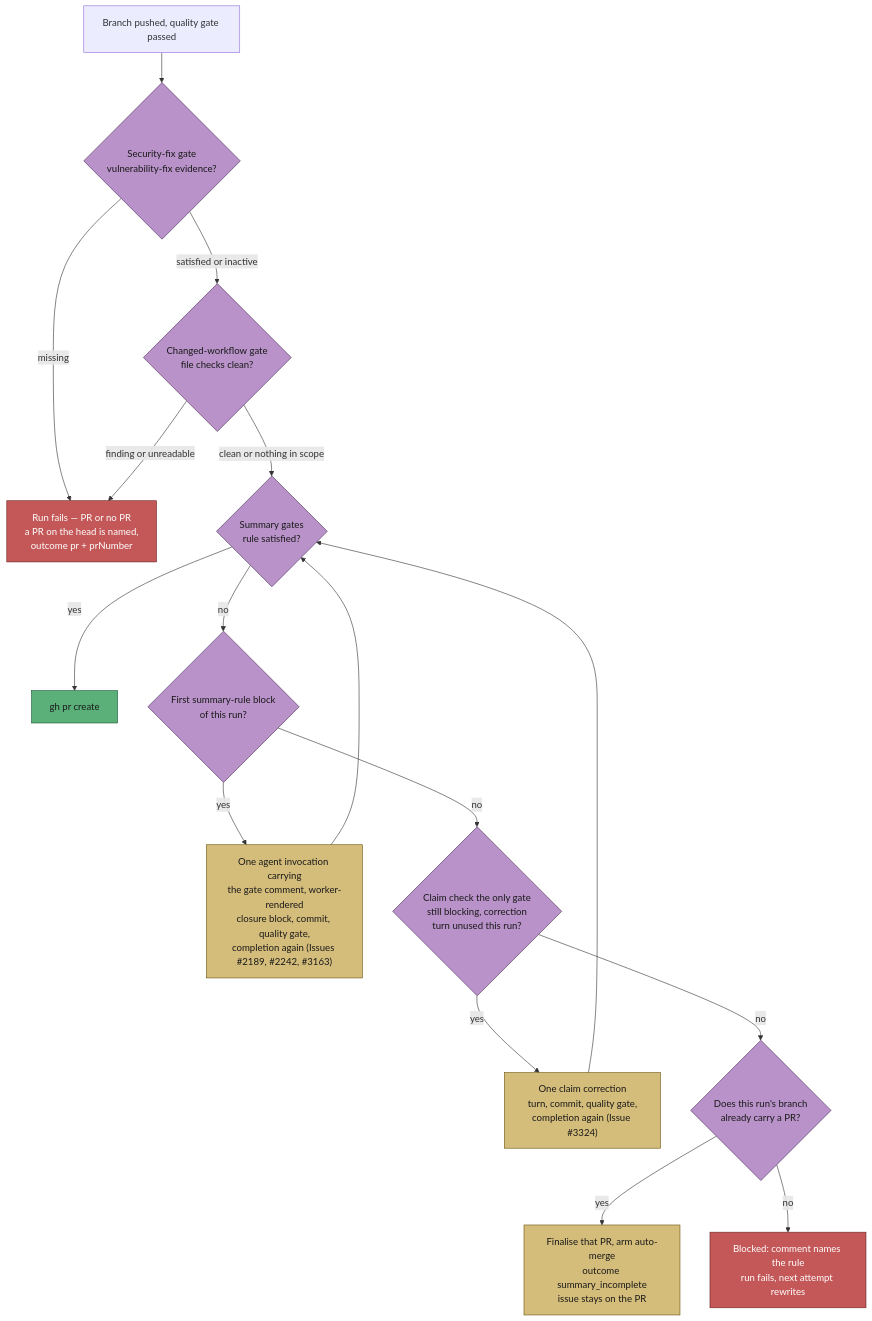
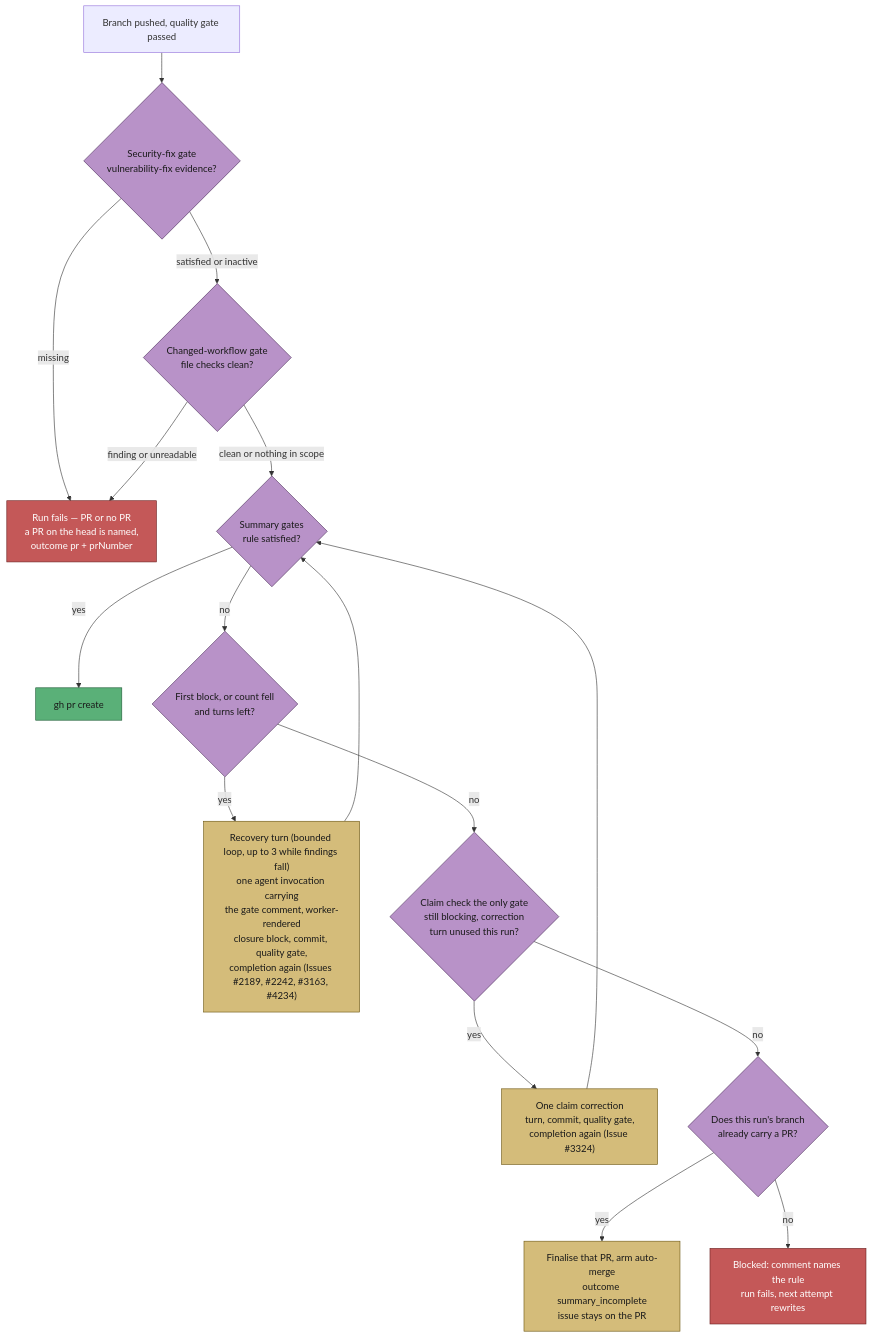
Before and after one commit to stSoftwareAU/VibeCoder: diagram 22 of 26 in docs/workflows/issue-processing.md, drawn with Mermaid. The commit also changed other lines of this file and 3 other files, not shown here.

````diff
--- a/docs/workflows/issue-processing.md
+++ b/docs/workflows/issue-processing.md
@@ -2791,30 +2791,30 @@
 ```mermaid
 flowchart TD
     A["Branch pushed, quality gate passed"] --> SEC{"Security-fix gate<br/>vulnerability-fix evidence?"}
     SEC -->|"missing"| F2["Run fails — PR or no PR<br/>a PR on the head is named,<br/>outcome pr + prNumber"]
     SEC -->|"satisfied or inactive"| WF{"Changed-workflow gate<br/>file checks clean?"}
     WF -->|"finding or unreadable"| F2
     WF -->|"clean or nothing in scope"| G{"Summary gates<br/>rule satisfied?"}
     G -->|yes| PR["gh pr create"]
-    G -->|no| R{"First summary-rule block<br/>of this run?"}
-    R -->|yes| RT["One agent invocation carrying<br/>the gate comment, worker-rendered<br/>closure block, commit, quality gate,<br/>completion again (Issues #2189, #2242, #3163)"]
+    G -->|no| R{"First block, or count fell<br/>and turns left?"}
+    R -->|yes| RT["Recovery turn (bounded loop, up to 3 while findings fall)<br/>one agent invocation carrying<br/>the gate comment, worker-rendered<br/>closure block, commit, quality gate,<br/>completion again (Issues #2189, #2242, #3163, #4234)"]
     RT --> G
     R -->|no| CC{"Claim check the only gate<br/>still blocking, correction<br/>turn unused this run?"}
     CC -->|yes| CT["One claim correction<br/>turn, commit, quality gate,<br/>completion again (Issue #3324)"]
     CT --> G
     CC -->|no| Q{"Does this run's branch<br/>already carry a PR?"}
     Q -->|yes| S["Finalise that PR, arm auto-merge<br/>outcome summary_incomplete<br/>issue stays on the PR"]
     Q -->|no| F["Blocked: comment names the rule<br/>run fails, next attempt rewrites"]
     style SEC fill:#b892c8,stroke:#4a2d5a,color:#1a1a1a
     style WF fill:#b892c8,stroke:#4a2d5a,color:#1a1a1a
     style G fill:#b892c8,stroke:#4a2d5a,color:#1a1a1a
     style Q fill:#b892c8,stroke:#4a2d5a,color:#1a1a1a
     style R fill:#b892c8,stroke:#4a2d5a,color:#1a1a1a
     style RT fill:#d4bc7a,stroke:#6b5510,color:#1a1a1a
     style CC fill:#b892c8,stroke:#4a2d5a,color:#1a1a1a
     style CT fill:#d4bc7a,stroke:#6b5510,color:#1a1a1a
     style PR fill:#5ab078,stroke:#1d5a35,color:#1a1a1a
     style S fill:#d4bc7a,stroke:#6b5510,color:#1a1a1a
     style F fill:#c45858,stroke:#6b2020,color:#fff
     style F2 fill:#c45858,stroke:#6b2020,color:#fff
 ```
````
